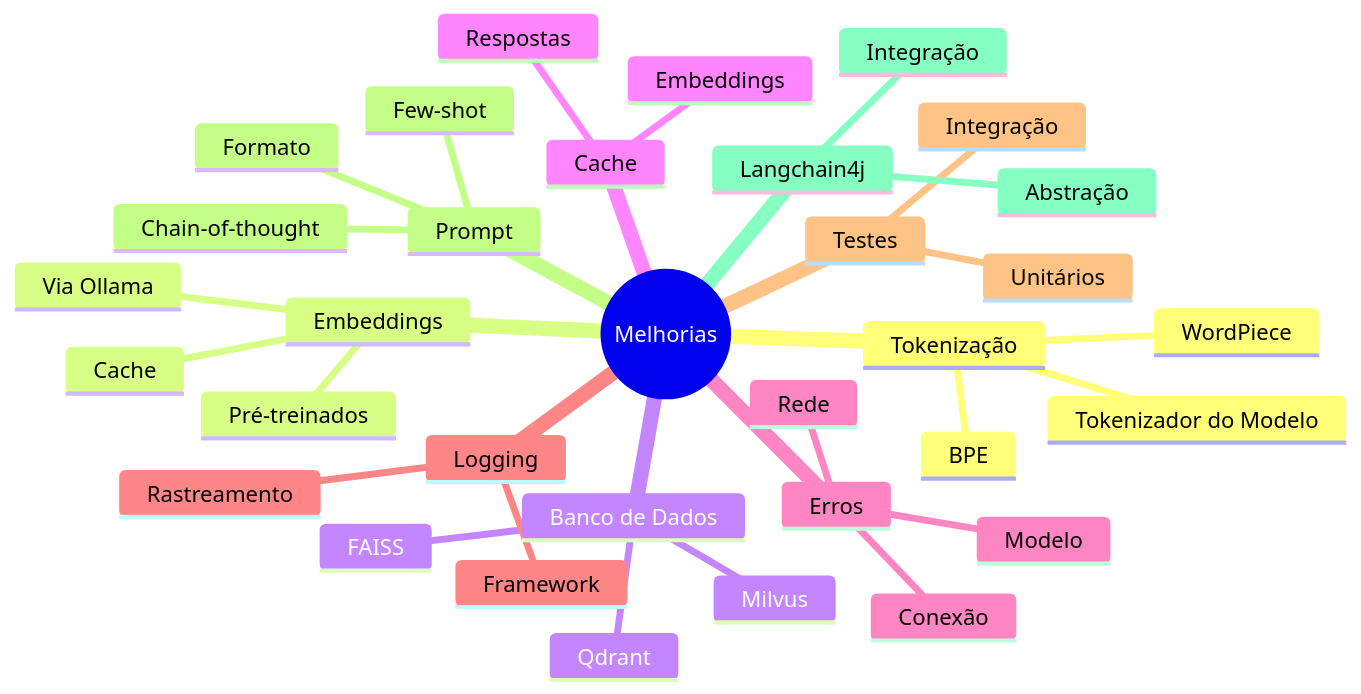
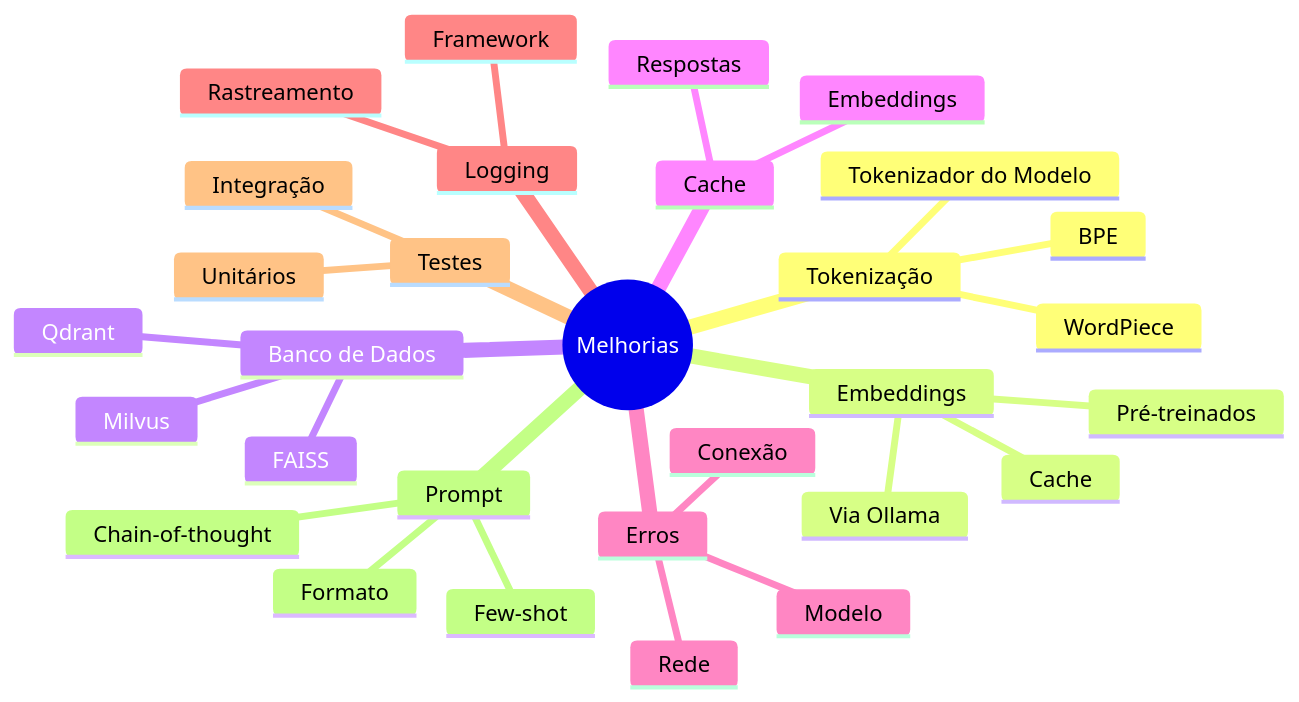
The sixth of 6 diagrams in blog/content/post/rag.md (scovl/scovl.github.io), drawn with Mermaid before and after one commit. The commit also changed other lines of this file and 40 other files, not shown here.

````diff
--- a/blog/content/post/rag.md
+++ b/blog/content/post/rag.md
@@ -1390,36 +1135,33 @@
 ```mermaid
 mindmap
   root((Melhorias))
     Tokenização
       BPE
       WordPiece
       Tokenizador do Modelo
     Embeddings
       Pré-treinados
       Via Ollama
       Cache
     Banco de Dados
       Milvus
       FAISS
       Qdrant
     Cache
       Embeddings
       Respostas
     Erros
       Conexão
       Modelo
       Rede
     Logging
       Framework
       Rastreamento
     Testes
       Unitários
       Integração
     Prompt
       Few-shot
       Chain-of-thought
       Formato
-    Langchain4j
-      Abstração
-      Integração
 ```
````
